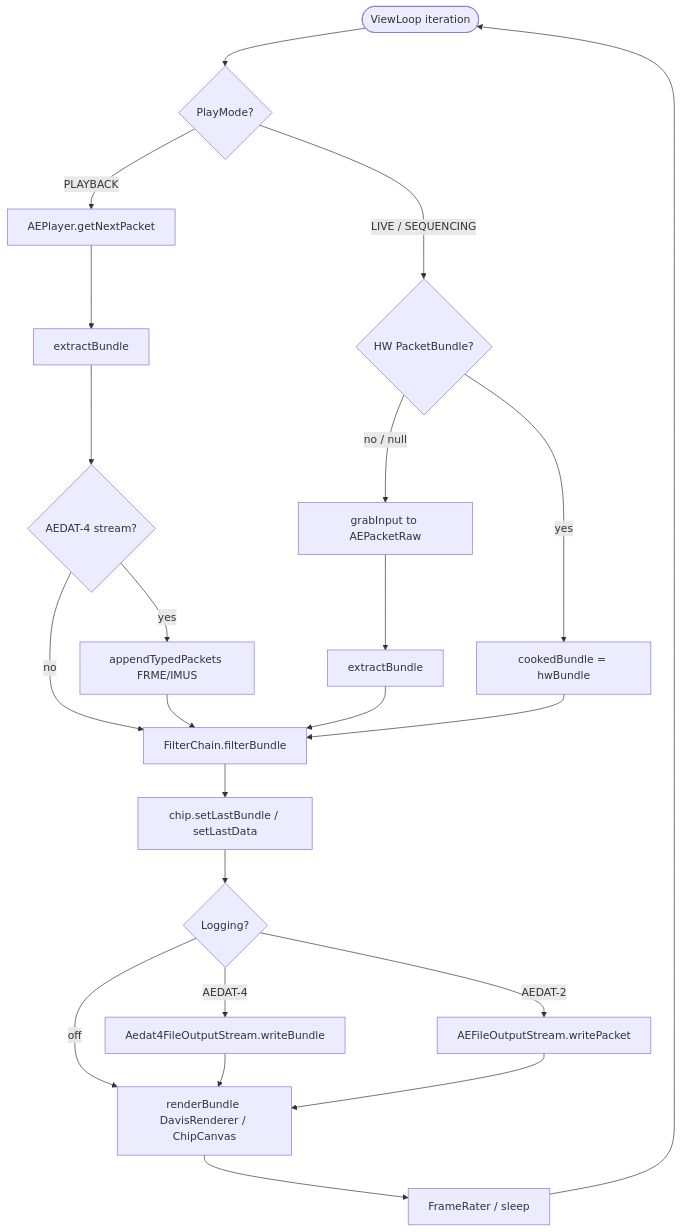
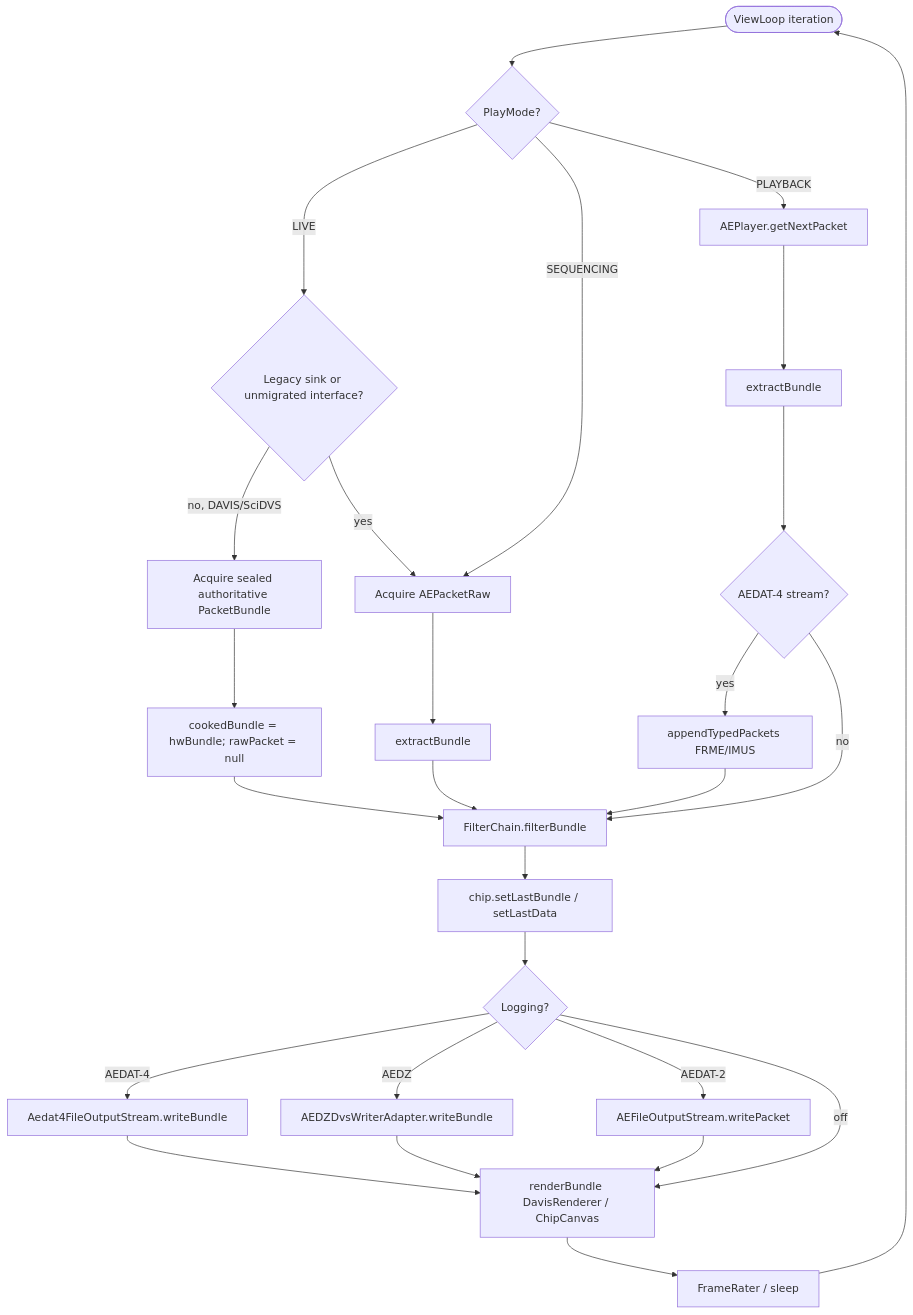
The third of 6 diagrams in docs/README-jaer3.md (SensorsINI/jaer), drawn with Mermaid before and after one commit. The commit also changed other lines of this file and 3 other files, not shown here.

Commit message:
typed-authority: route AEViewer and AEDZ recording

````diff
--- a/docs/README-jaer3.md
+++ b/docs/README-jaer3.md
@@ -108,29 +127,33 @@
 ```mermaid
 flowchart TD
   START([ViewLoop iteration]) --> MODE{PlayMode?}
 
-  MODE -->|LIVE / SEQUENCING| HW{HW PacketBundle?}
-  HW -->|yes| BUNDLE[cookedBundle = hwBundle]
-  HW -->|no / null| RAW[grabInput to AEPacketRaw]
+  MODE -->|LIVE| ROUTE{Legacy sink or unmigrated interface?}
+  ROUTE -->|no, DAVIS/SciDVS| HW[Acquire sealed authoritative PacketBundle]
+  ROUTE -->|yes| RAW[Acquire AEPacketRaw]
+  MODE -->|SEQUENCING| RAW
+  HW --> BUNDLE[cookedBundle = hwBundle; rawPacket = null]
   RAW --> EXT[extractBundle]
 
   MODE -->|PLAYBACK| PLAY[AEPlayer.getNextPacket]
   PLAY --> EXT2[extractBundle]
   EXT2 --> AEDAT4{AEDAT-4 stream?}
   AEDAT4 -->|yes| APPEND[appendTypedPackets FRME/IMUS]
   AEDAT4 -->|no| FILT
   APPEND --> FILT
 
   EXT --> FILT
   BUNDLE --> FILT
 
   FILT[FilterChain.filterBundle] --> STORE[chip.setLastBundle / setLastData]
   STORE --> LOG{Logging?}
   LOG -->|AEDAT-4| W4[Aedat4FileOutputStream.writeBundle]
+  LOG -->|AEDZ| WZ[AEDZDvsWriterAdapter.writeBundle]
   LOG -->|AEDAT-2| W2[AEFileOutputStream.writePacket]
   LOG -->|off| REN
   W4 --> REN
+  WZ --> REN
   W2 --> REN
   REN[renderBundle DavisRenderer / ChipCanvas] --> PACE[FrameRater / sleep]
   PACE --> START
 ```
````
